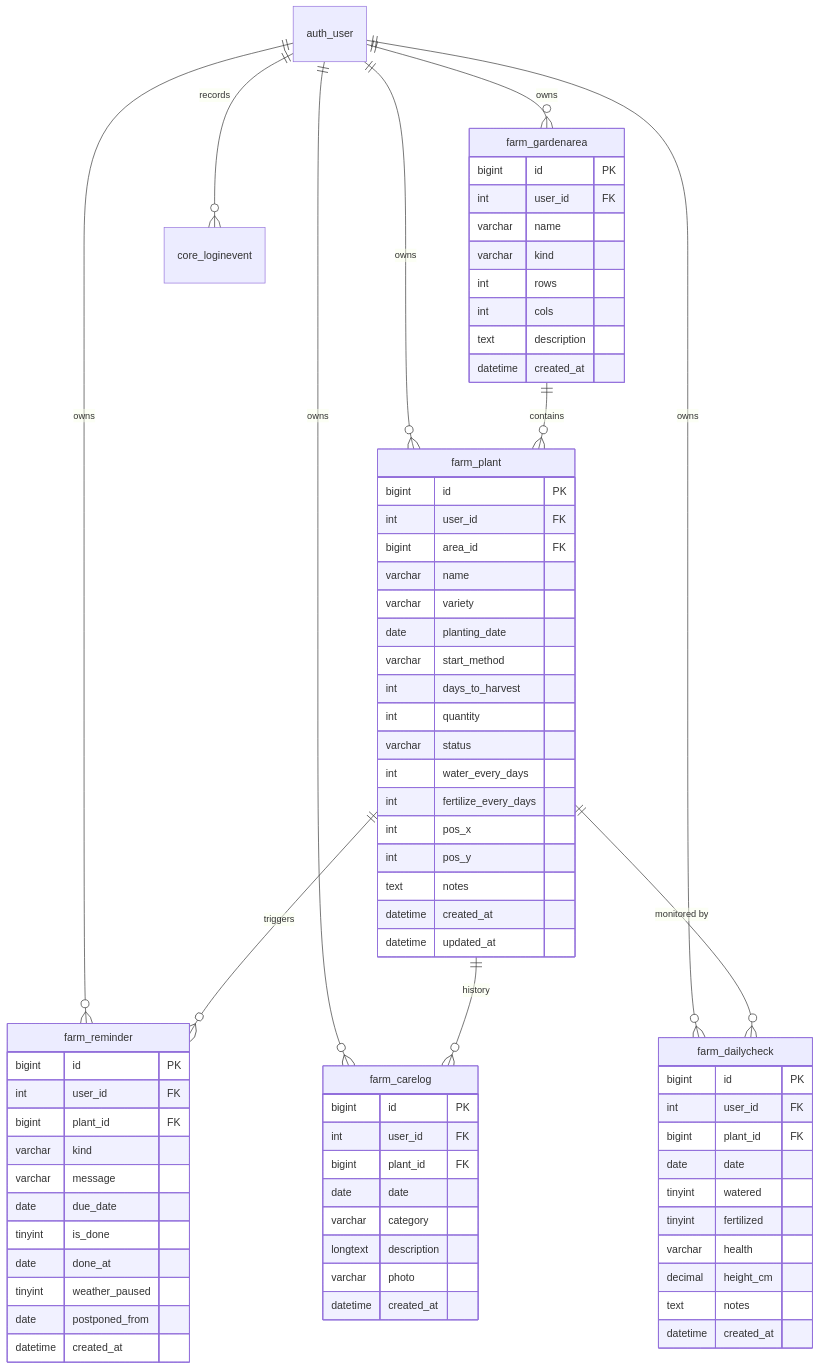
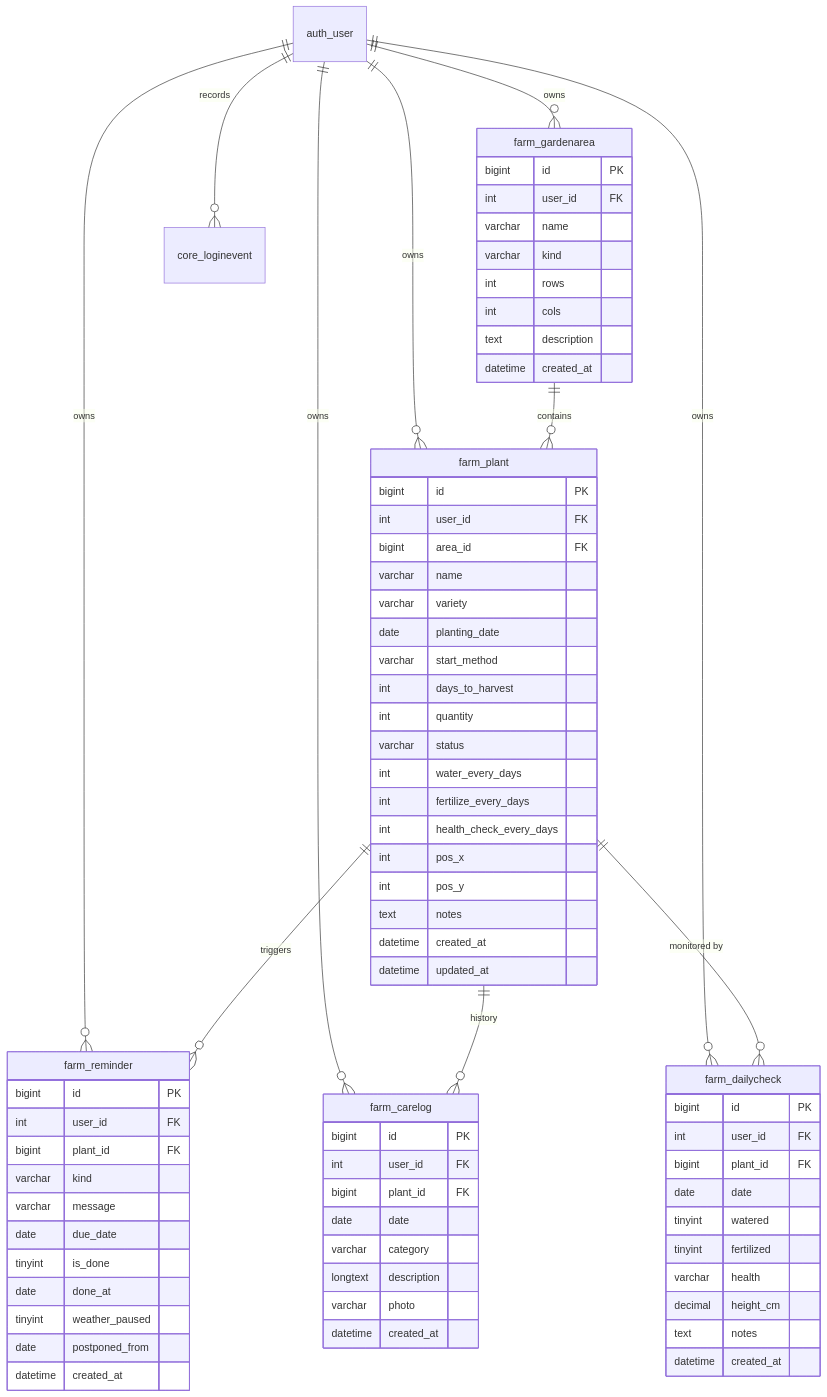
Before and after one commit to Aceggwp/BSIT3B-DJANGO-MOSQUERA-FARM-LOG: the diagram in docs/initial-table-design.md, drawn with Mermaid. The commit also changed other lines of this file and 14 other files, not shown here.

````diff
--- a/docs/initial-table-design.md
+++ b/docs/initial-table-design.md
@@ -10,79 +10,80 @@
 ```mermaid
 erDiagram
     auth_user ||--o{ farm_gardenarea : "owns"
     auth_user ||--o{ farm_plant : "owns"
     auth_user ||--o{ farm_reminder : "owns"
     auth_user ||--o{ farm_carelog : "owns"
     auth_user ||--o{ farm_dailycheck : "owns"
     auth_user ||--o{ core_loginevent : "records"
 
     farm_gardenarea ||--o{ farm_plant : "contains"
     farm_plant ||--o{ farm_reminder : "triggers"
     farm_plant ||--o{ farm_carelog : "history"
     farm_plant ||--o{ farm_dailycheck : "monitored by"
 
     farm_gardenarea {
         bigint id PK
         int user_id FK
         varchar name
         varchar kind
         int rows
         int cols
         text description
         datetime created_at
     }
     farm_plant {
         bigint id PK
         int user_id FK
         bigint area_id FK
         varchar name
         varchar variety
         date planting_date
         varchar start_method
         int days_to_harvest
         int quantity
         varchar status
         int water_every_days
         int fertilize_every_days
+        int health_check_every_days
         int pos_x
         int pos_y
         text notes
         datetime created_at
         datetime updated_at
     }
     farm_reminder {
         bigint id PK
         int user_id FK
         bigint plant_id FK
         varchar kind
         varchar message
         date due_date
         tinyint is_done
         date done_at
         tinyint weather_paused
         date postponed_from
         datetime created_at
     }
     farm_carelog {
         bigint id PK
         int user_id FK
         bigint plant_id FK
         date date
         varchar category
         longtext description
         varchar photo
         datetime created_at
     }
     farm_dailycheck {
         bigint id PK
         int user_id FK
         bigint plant_id FK
         date date
         tinyint watered
         tinyint fertilized
         varchar health
         decimal height_cm
         text notes
         datetime created_at
     }
 ```
````
